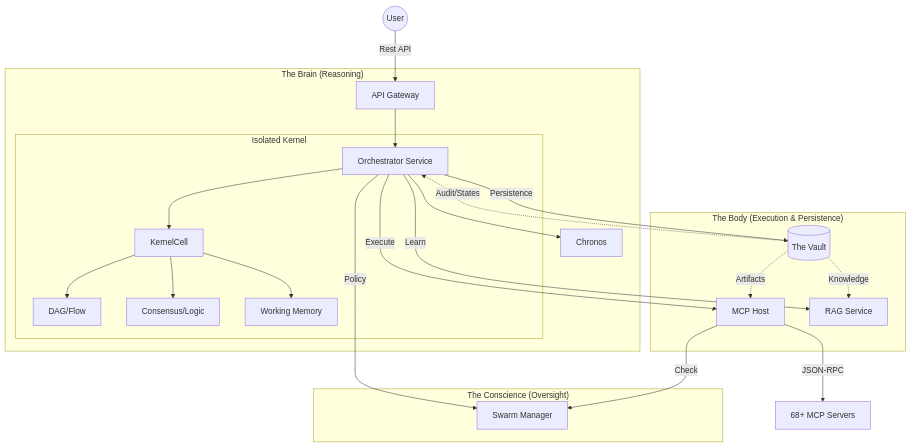
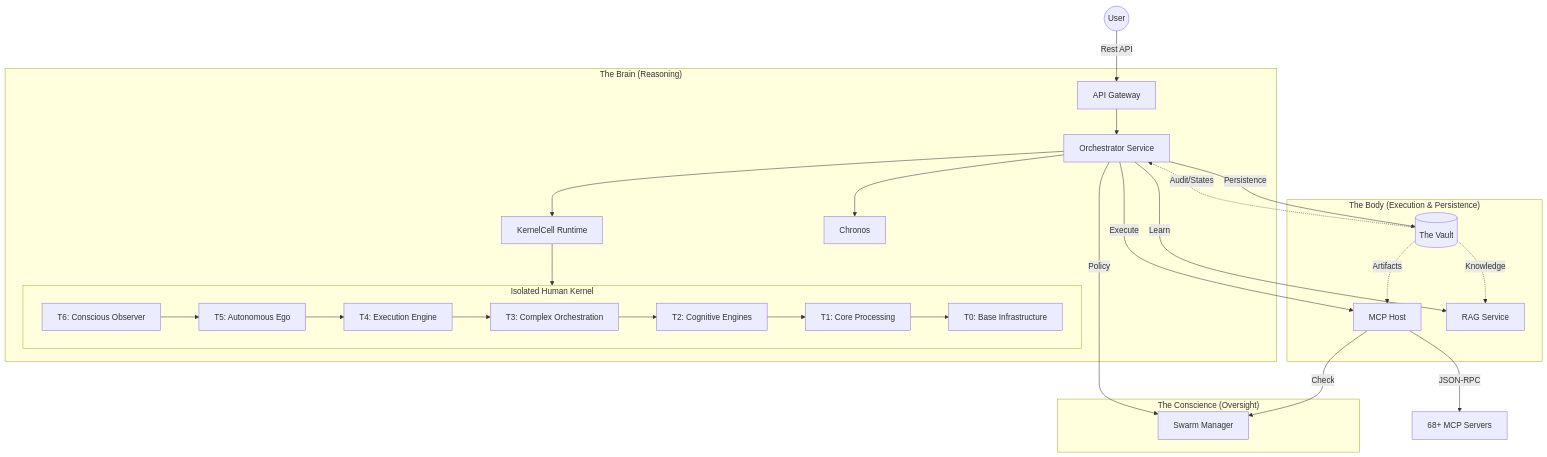
The diagram in README.md (azzindani/Kea), drawn with Mermaid before and after one commit. The commit also changed other lines of this file, not shown here.

Commit message:
docs: Detail the new 6-tier Human Kernel architecture, update system examples, and standardize project naming to Kea.

````diff
--- a/README.md
+++ b/README.md
@@ -28,33 +28,37 @@
 ```mermaid
 graph TD
     User((User)) -->|Rest API| Gateway[API Gateway]
     
     subgraph "The Brain (Reasoning)"
         Gateway --> Orchestrator[Orchestrator Service]
-        subgraph Kernel [Isolated Kernel]
-            Orchestrator --> Cell[KernelCell]
-            Cell --> Flow[DAG/Flow]
-            Cell --> Logic[Consensus/Logic]
-            Cell --> Memory[Working Memory]
+        subgraph Kernel [Isolated Human Kernel]
+            T6[T6: Conscious Observer] --> T5[T5: Autonomous Ego]
+            T5 --> T4[T4: Execution Engine]
+            T4 --> T3[T3: Complex Orchestration]
+            T3 --> T2[T2: Cognitive Engines]
+            T2 --> T1[T1: Core Processing]
+            T1 --> T0[T0: Base Infrastructure]
         end
+        Orchestrator --> Cell[KernelCell Runtime]
+        Cell --> Kernel
         Orchestrator --> Chronos[Chronos]
     end
     
     subgraph "The Body (Execution & Persistence)"
         Orchestrator -->|Execute| Host[MCP Host]
         Orchestrator -->|Learn| RAG[RAG Service]
         Orchestrator -->|Persistence| Vault[(The Vault)]
     end
     
     subgraph "The Conscience (Oversight)"
         Host -->|Check| Manager[Swarm Manager]
         Orchestrator -->|Policy| Manager
     end
     
     %% The Vault as Central Database
     Vault -.->|Audit/States| Orchestrator
     Vault -.->|Artifacts| Host
     Vault -.->|Knowledge| RAG
     
     Host -->|JSON-RPC| Tools[68+ MCP Servers]
 ```
````
